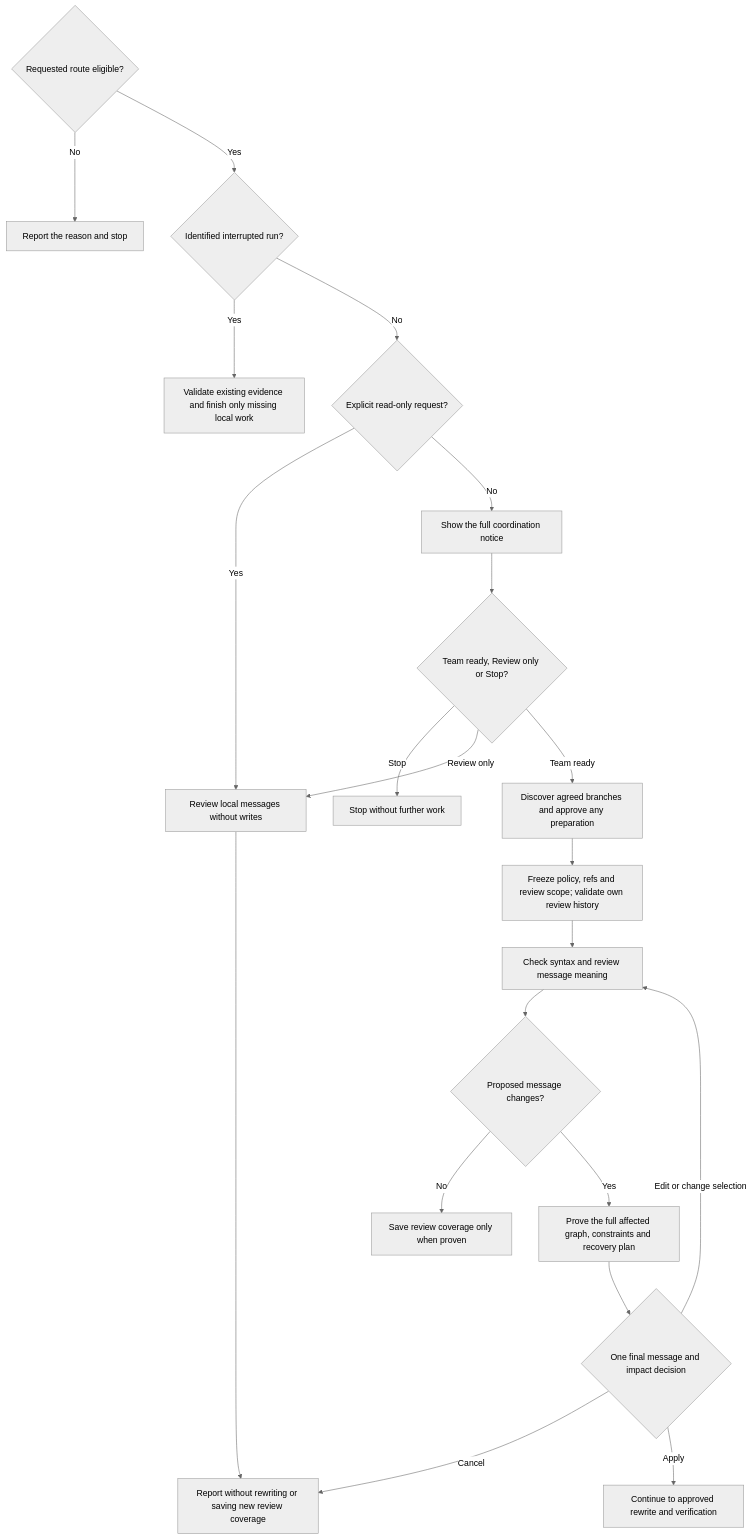
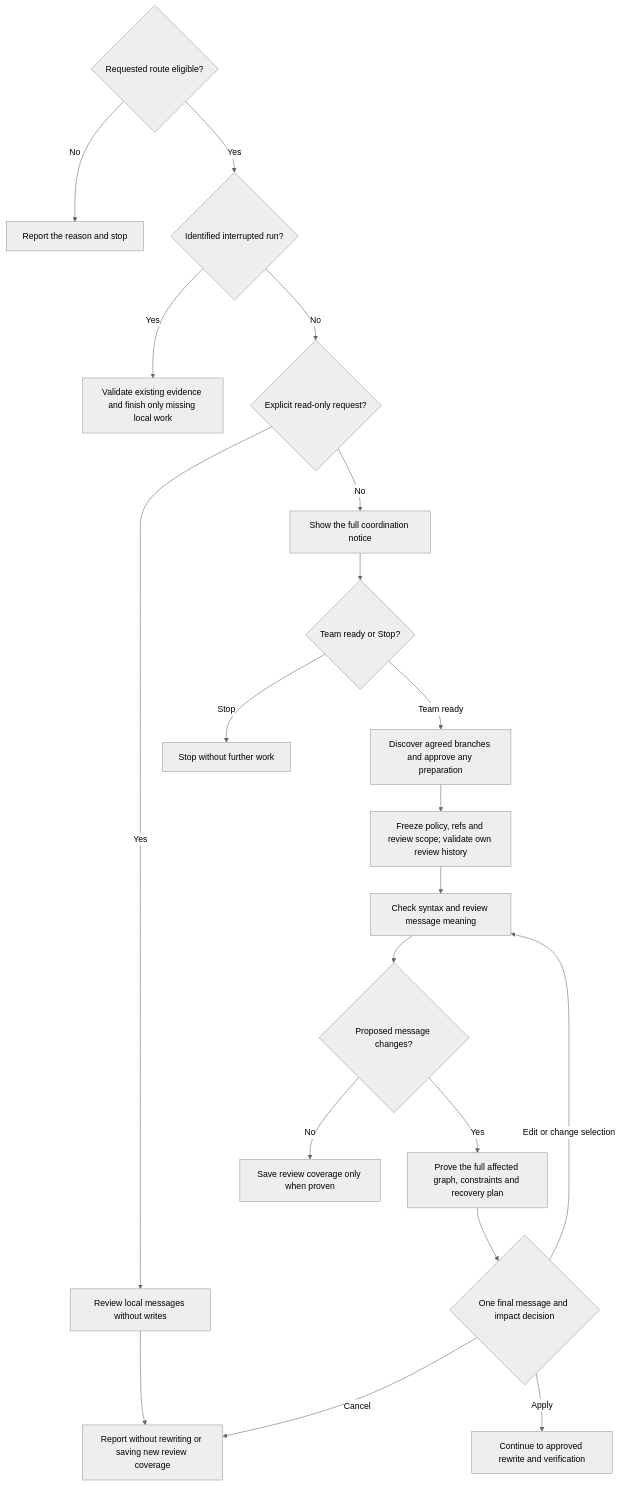
The first of 2 diagrams in docs/commands/normalize/detailed.md (myowinthein/agent-helm), drawn with Mermaid (neutral theme) before and after one commit. The commit also changed other lines of this file and 16 other files, not shown here.

````diff
--- a/docs/commands/normalize/detailed.md
+++ b/docs/commands/normalize/detailed.md
@@ -22,23 +22,22 @@
 ```mermaid
 flowchart TD
   Entry{"Requested route eligible?"} -->|No| Blocked["Report the reason and stop"]
   Entry -->|Yes| Start
   Start{"Identified interrupted run?"} -->|Yes| Resume["Validate existing evidence and finish only missing local work"]
   Start -->|No| Readonly{"Explicit read-only request?"}
   Readonly -->|Yes| ReviewOnly["Review local messages without writes"]
   Readonly -->|No| Notice["Show the full coordination notice"]
-  Notice --> Ready{"Team ready, Review only or Stop?"}
+  Notice --> Ready{"Team ready or Stop?"}
   Ready -->|Stop| Stop["Stop without further work"]
-  Ready -->|Review only| ReviewOnly
   Ready -->|Team ready| Discover["Discover agreed branches and approve any preparation"]
   Discover --> Freeze["Freeze policy, refs and review scope; validate own review history"]
   Freeze --> Messages["Check syntax and review message meaning"]
   Messages --> Changes{"Proposed message changes?"}
   Changes -->|No| Checkpoint["Save review coverage only when proven"]
   Changes -->|Yes| Impact["Prove the full affected graph, constraints and recovery plan"]
   Impact --> Approval{"One final message and impact decision"}
   Approval -->|Edit or change selection| Messages
   Approval -->|Cancel| Report["Report without rewriting or saving new review coverage"]
   Approval -->|Apply| Rewrite["Continue to approved rewrite and verification"]
   ReviewOnly --> Report
 ```
````
